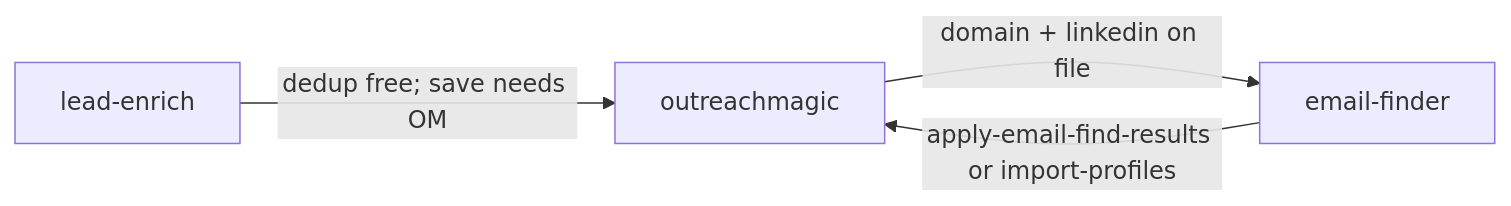
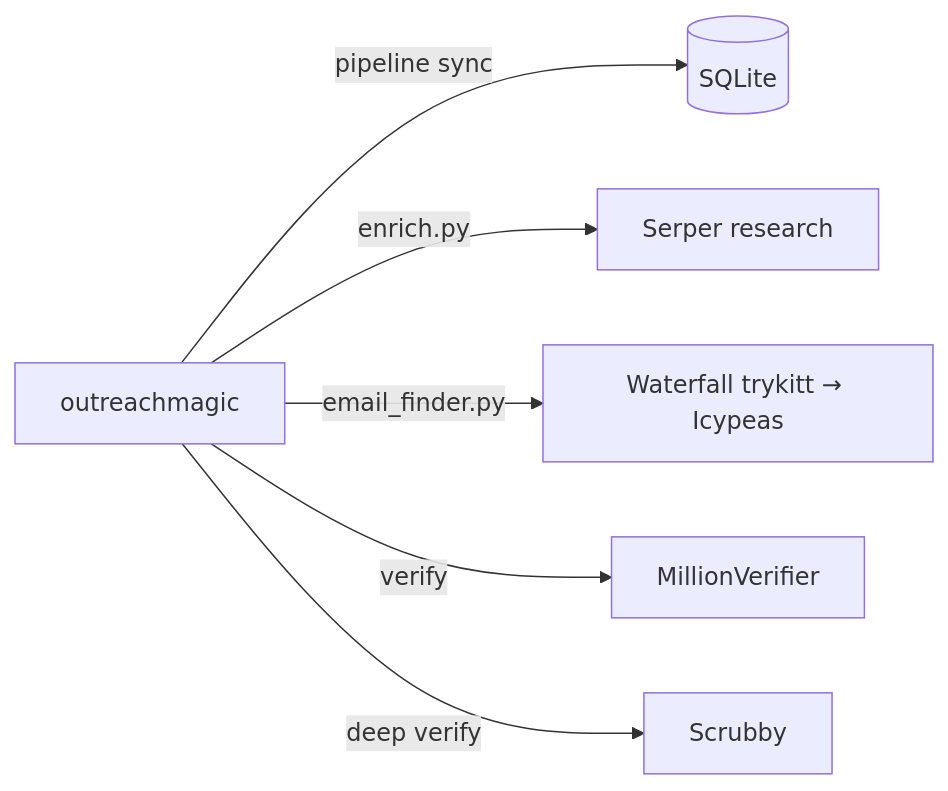
One commit to outreachmagic/outreachmagic changed the diagram in docs/skill-suite.md. Above: the diagram before and after it, drawn with Mermaid. The commit also changed other lines of this file and 73 other files, not shown here.

````diff
--- a/docs/skill-suite.md
+++ b/docs/skill-suite.md
@@ -11,9 +9,9 @@
 ```mermaid
 flowchart LR
-  LE[lead-enrich]
   OM[outreachmagic]
-  EF[email-finder]
-  LE -->|"dedup free; save needs OM"| OM
-  OM -->|"domain + linkedin on file"| EF
-  EF -->|"apply-email-find-results or import-profiles"| OM
+  OM -->|"pipeline sync"| DB[(SQLite)]
+  OM -->|"enrich.py"| SR[Serper research]
+  OM -->|"email_finder.py"| WF[Waterfall trykitt → Icypeas]
+  OM -->|"verify"| MV[MillionVerifier]
+  OM -->|"deep verify"| SC[Scrubby]
 ```
````
